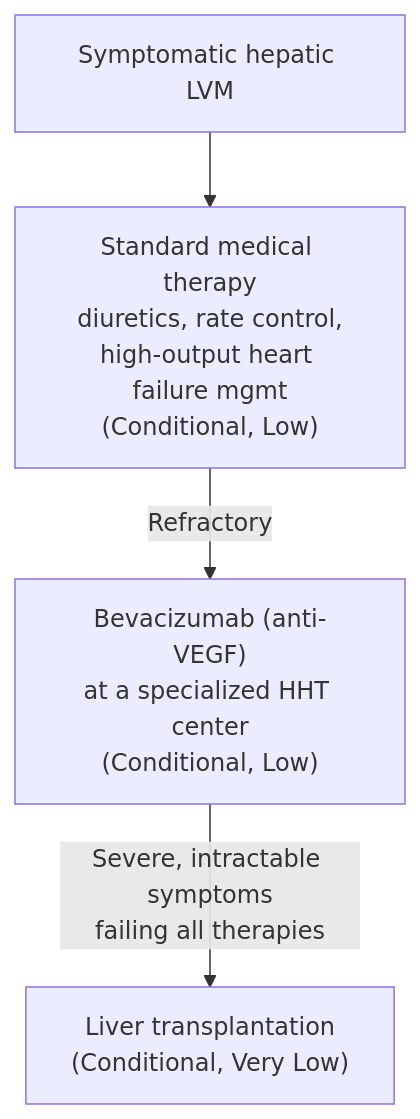
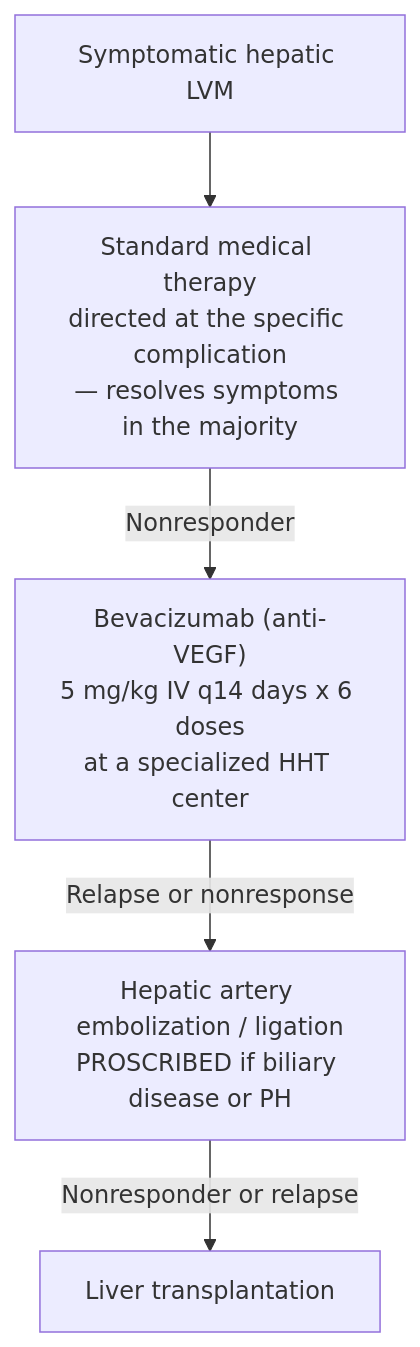
Before and after one commit to KHNickLeMD/KHNL-GI-Wiki: the diagram in KHNL-GI-Wiki/wiki/1-disease-scripts/hepatology-diseases/hereditary-hemorrhagic-telangiectasia.md, drawn with Mermaid. The commit also changed other lines of this file and 33 other files, not shown here.

````diff
--- a/KHNL-GI-Wiki/wiki/1-disease-scripts/hepatology-diseases/hereditary-hemorrhagic-telangiectasia.md
+++ b/KHNL-GI-Wiki/wiki/1-disease-scripts/hepatology-diseases/hereditary-hemorrhagic-telangiectasia.md
@@ -65,6 +103,7 @@
 ```mermaid
 flowchart TD
-    A["Symptomatic hepatic LVM"] --> B["Standard medical therapy<br/>diuretics, rate control,<br/>high-output heart failure mgmt<br/>(Conditional, Low)"]
-    B -->|Refractory| C["Bevacizumab (anti-VEGF)<br/>at a specialized HHT center<br/>(Conditional, Low)"]
-    C -->|Severe, intractable symptoms<br/>failing all therapies| D["Liver transplantation<br/>(Conditional, Very Low)"]
+    A["Symptomatic hepatic LVM"] --> B["Standard medical therapy<br/>directed at the specific complication<br/>— resolves symptoms in the majority"]
+    B -->|Nonresponder| C["Bevacizumab (anti-VEGF)<br/>5 mg/kg IV q14 days x 6 doses<br/>at a specialized HHT center"]
+    C -->|Relapse or nonresponse| D["Hepatic artery embolization / ligation<br/>PROSCRIBED if biliary disease or PH"]
+    D -->|Nonresponder or relapse| E["Liver transplantation"]
 ```
````
